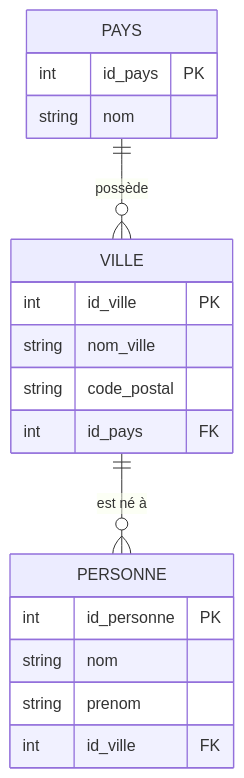
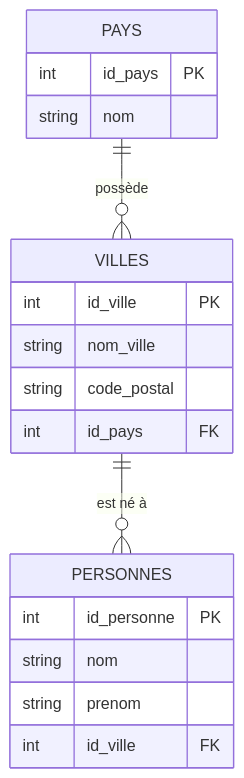
The second of 2 diagrams in Conception base de données - Méthode Merise UML/Conception base de données - Méthode Merise UML.md (AlanFerronniere/EPSI_B1_20262027), drawn with Mermaid before and after one commit.

Commit message:
vault backup: 2026-09-23 11:10:21

````diff
--- a/Conception base de données - Méthode Merise UML/Conception base de données - Méthode Merise UML.md
+++ b/Conception base de données - Méthode Merise UML/Conception base de données - Méthode Merise UML.md
@@ -92,24 +92,24 @@
 ```mermaid
 erDiagram
-    PAYS ||--o{ VILLE : "possède"
-    VILLE ||--o{ PERSONNE : "est né à"
+    PAYS ||--o{ VILLES : "possède"
+    VILLES ||--o{ PERSONNES : "est né à"
 
     PAYS {
         int id_pays PK
         string nom
     }
 
-    VILLE {
+    VILLES {
         int id_ville PK
         string nom_ville
         string code_postal
         int id_pays FK
     }
 
-    PERSONNE {
+    PERSONNES {
         int id_personne PK
         string nom
         string prenom
         int id_ville FK
     }
 ```
````
